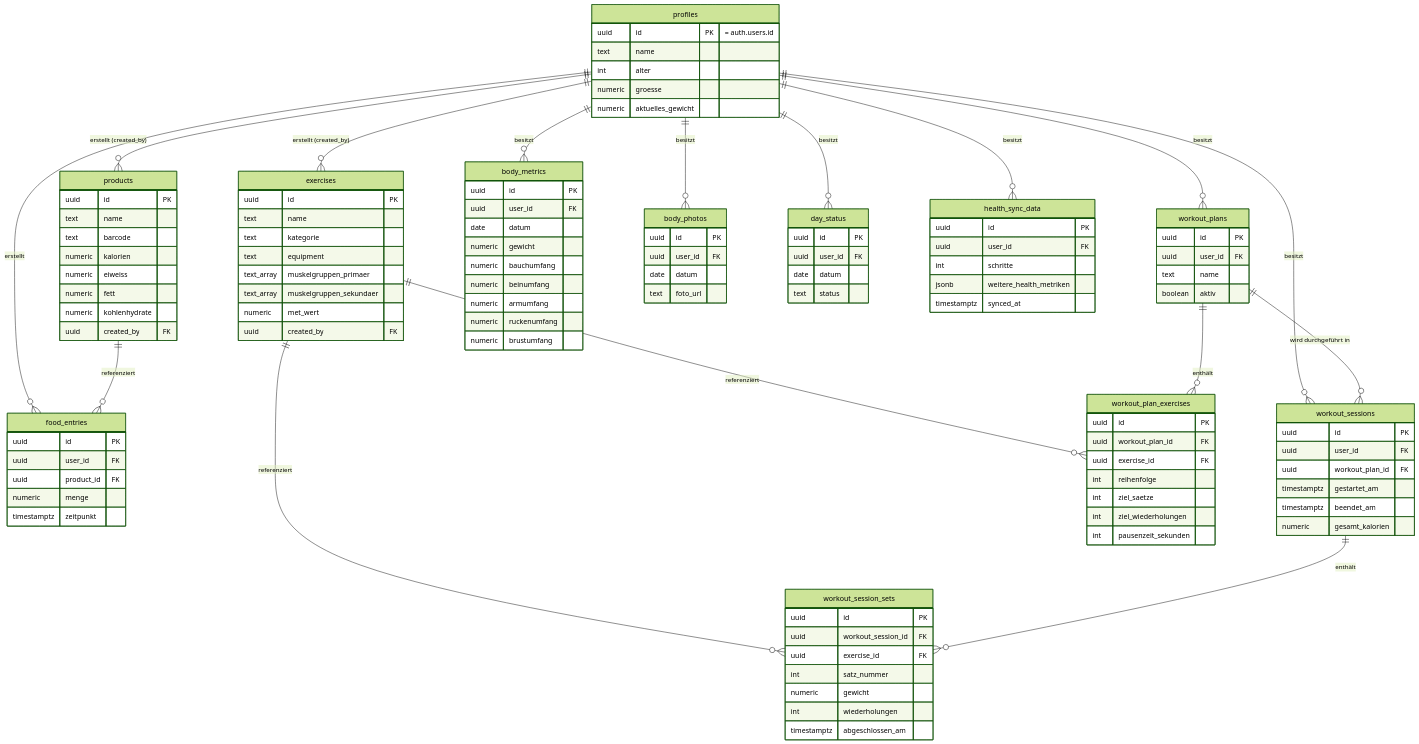
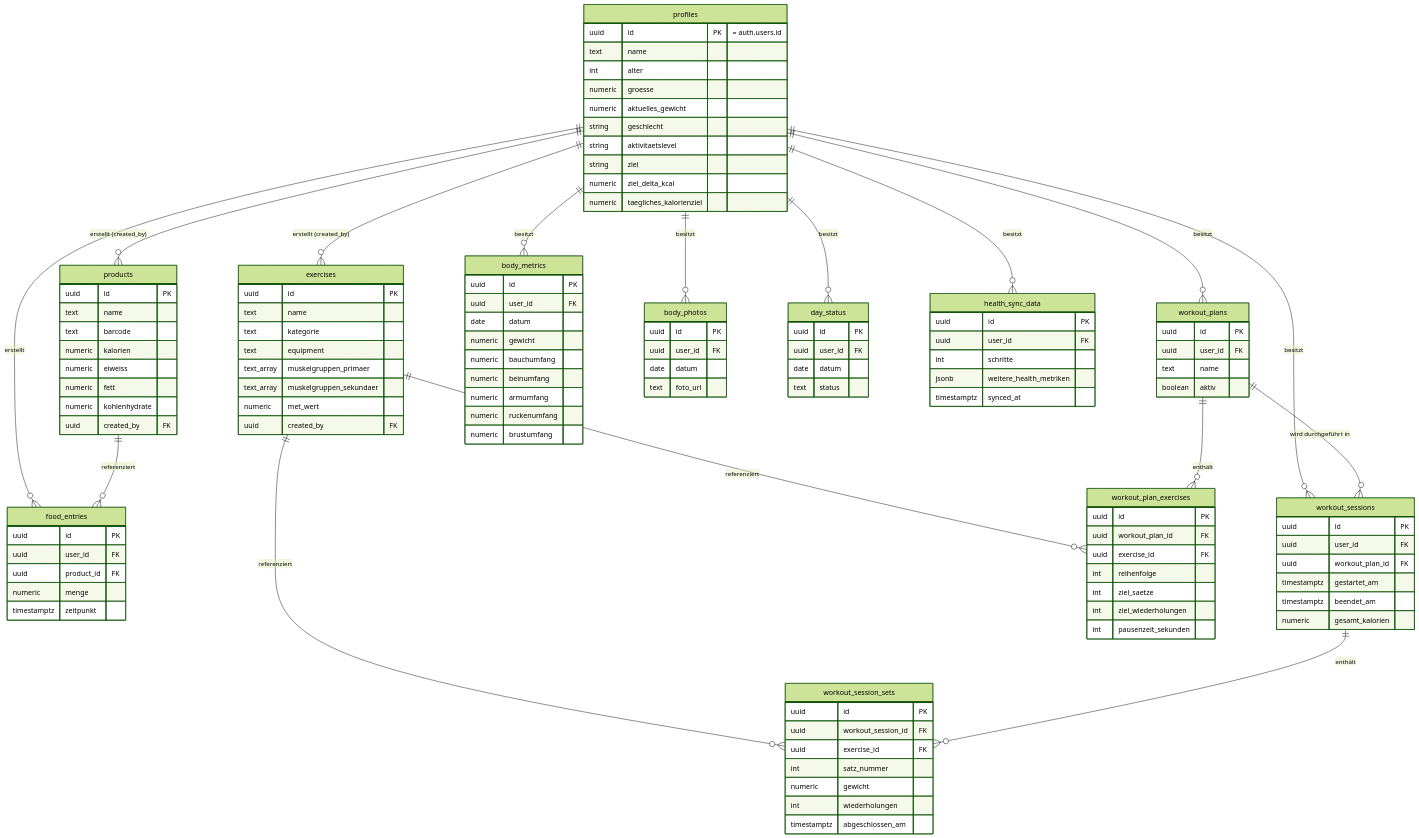
Before and after one commit to SueleymanOezel/fitness-app: the diagram in docs/domaenenmodell.md, drawn with Mermaid (forest theme). The commit also changed other lines of this file and 1 other file, not shown here.

Commit message:
docs: update domain model and status for Phase 2 completion

```diff
--- a/docs/domaenenmodell.md
+++ b/docs/domaenenmodell.md
@@ -43,6 +43,11 @@
         int alter
         numeric groesse
         numeric aktuelles_gewicht
+        string geschlecht
+        string aktivitaetslevel
+        string ziel
+        numeric ziel_delta_kcal
+        numeric taegliches_kalorienziel
     }
 
     products {
```
